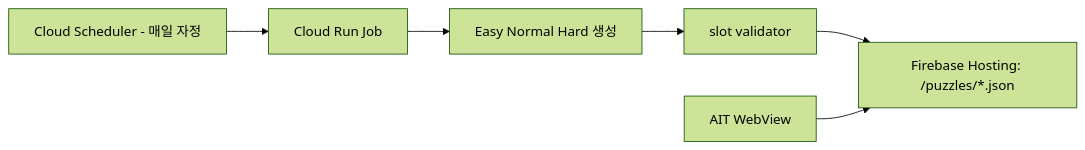
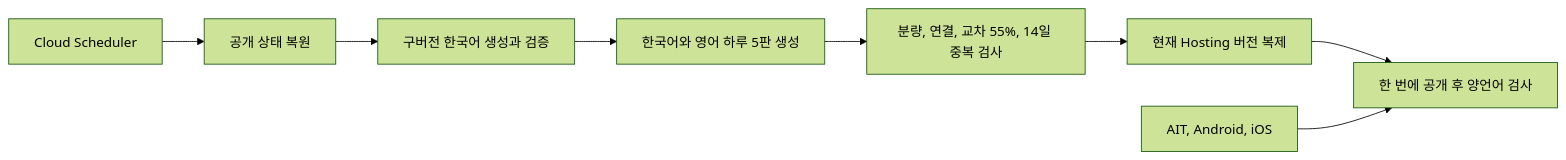
Before and after one commit to seorilabs/crossword-puzzle: the diagram in docs/puzzle-pack-cloud-run.md, drawn with Mermaid (forest theme). The commit also changed other lines of this file and 11 other files, not shown here.

````diff
--- a/docs/puzzle-pack-cloud-run.md
+++ b/docs/puzzle-pack-cloud-run.md
@@ -5,8 +5,10 @@
 ```mermaid
 flowchart LR
-  Scheduler["Cloud Scheduler - 매일 자정"] --> Job["Cloud Run Job"]
-  Job --> Generator["Easy Normal Hard 생성"]
-  Generator --> Validator["slot validator"]
-  Validator --> Hosting["Firebase Hosting: /puzzles/*.json"]
-  App["AIT WebView"] --> Hosting
+  Scheduler["Cloud Scheduler"] --> Restore["공개 상태 복원"]
+  Restore --> Legacy["구버전 한국어 생성과 검증"]
+  Legacy --> Languages["한국어와 영어 하루 5판 생성"]
+  Languages --> Validator["분량, 연결, 교차 55%, 14일 중복 검사"]
+  Validator --> Clone["현재 Hosting 버전 복제"]
+  Clone --> Hosting["한 번에 공개 후 양언어 검사"]
+  App["AIT, Android, iOS"] --> Hosting
 ```
````
